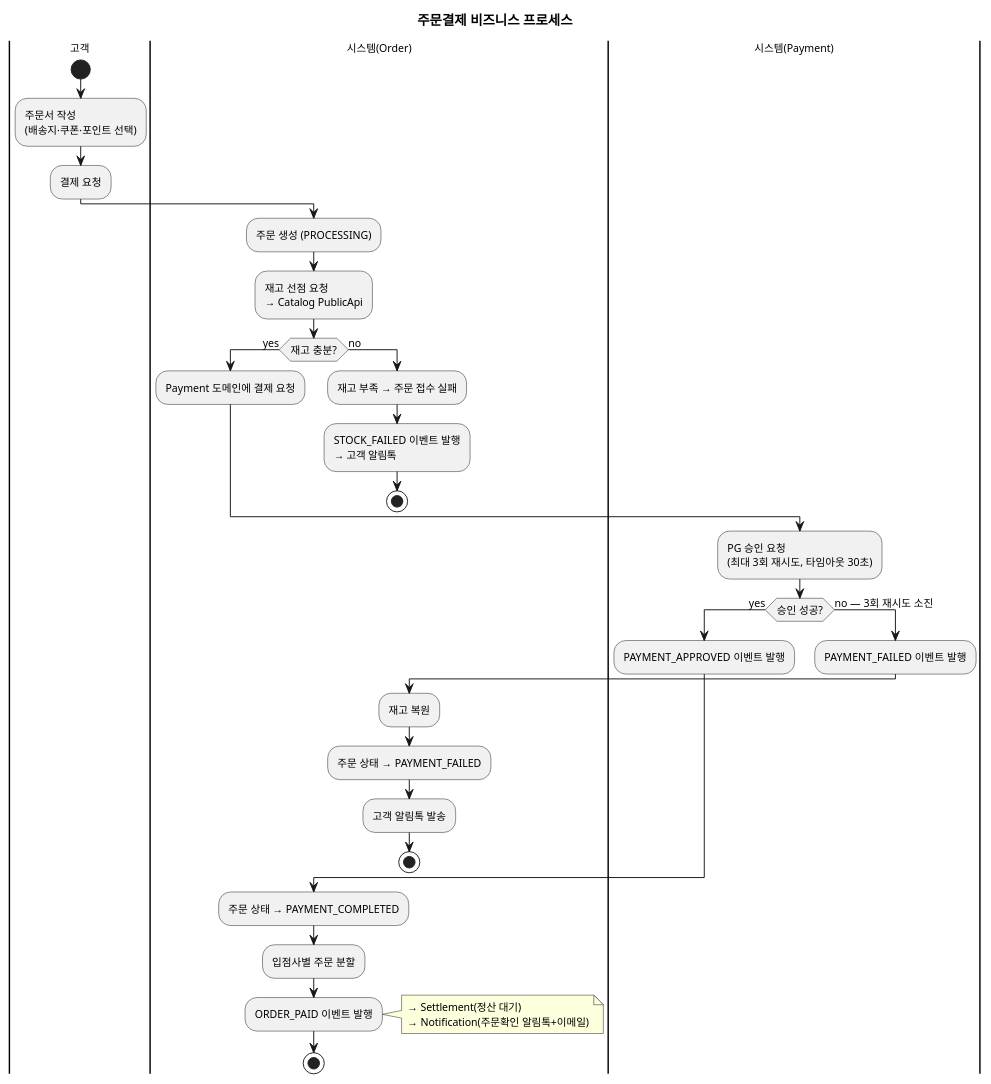
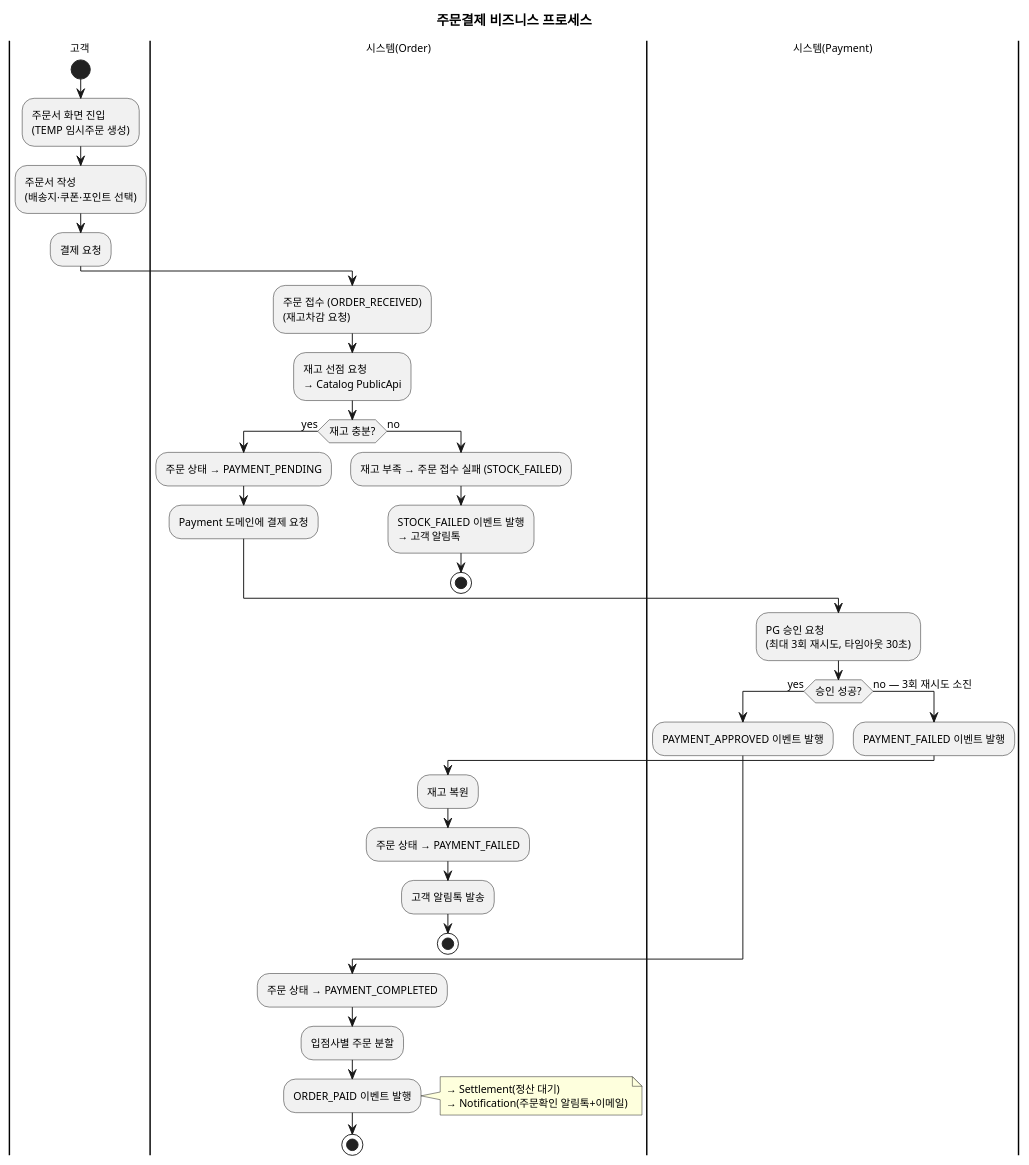
One commit to parknahyun/runNShop changed the first of 4 diagrams in docs/자산화-단계별/S2-구조설계/11-비즈니스프로세스(Order).md. Above: the diagram before and after it, drawn with PlantUML. The commit also changed other lines of this file and 18 other files, not shown here.

````diff
--- a/docs/자산화-단계별/S2-구조설계/11-비즈니스프로세스(Order).md
+++ b/docs/자산화-단계별/S2-구조설계/11-비즈니스프로세스(Order).md
@@ -22,46 +24,48 @@
 ```plantuml
 @startuml
 skinparam backgroundColor transparent
 skinparam defaultFontSize 11
 title 주문결제 비즈니스 프로세스
 
 |고객|
 start
+:주문서 화면 진입\n(TEMP 임시주문 생성);
 :주문서 작성\n(배송지·쿠폰·포인트 선택);
 :결제 요청;
 
 |시스템(Order)|
-:주문 생성 (PROCESSING);
+:주문 접수 (ORDER_RECEIVED)\n(재고차감 요청);
 :재고 선점 요청\n→ Catalog PublicApi;
 
 if (재고 충분?) then (yes)
+  :주문 상태 → PAYMENT_PENDING;
   :Payment 도메인에 결제 요청;
 else (no)
-  :재고 부족 → 주문 접수 실패;
+  :재고 부족 → 주문 접수 실패 (STOCK_FAILED);
   :STOCK_FAILED 이벤트 발행\n→ 고객 알림톡;
   stop
 endif
 
 |시스템(Payment)|
 :PG 승인 요청\n(최대 3회 재시도, 타임아웃 30초);
 
 if (승인 성공?) then (yes)
   :PAYMENT_APPROVED 이벤트 발행;
 else (no — 3회 재시도 소진)
   :PAYMENT_FAILED 이벤트 발행;
   |시스템(Order)|
   :재고 복원;
   :주문 상태 → PAYMENT_FAILED;
   :고객 알림톡 발송;
   stop
 endif
 
 |시스템(Order)|
 :주문 상태 → PAYMENT_COMPLETED;
 :입점사별 주문 분할;
 :ORDER_PAID 이벤트 발행;
 note right: → Settlement(정산 대기)\n→ Notification(주문확인 알림톡+이메일)
 
 stop
 @enduml
 ```
````
